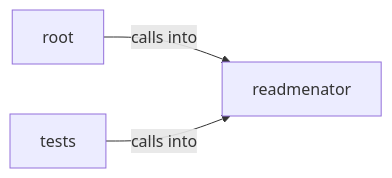
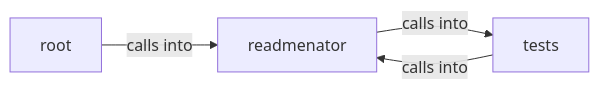
Before and after one commit to grisuno/ReadMenator: the diagram in docs/md/readmenator-diagrams/readmenator__video.md, drawn with Mermaid. The commit also changed other lines of this file and 203 other files, not shown here.

````diff
--- a/docs/md/readmenator-diagrams/readmenator__video.md
+++ b/docs/md/readmenator-diagrams/readmenator__video.md
@@ -5,8 +5,9 @@
 ```mermaid
 graph LR
     readmenator["readmenator"]
     root["root"]
     tests["tests"]
+    readmenator -- "calls into" --> tests
     root -- "calls into" --> readmenator
     tests -- "calls into" --> readmenator
 ```
````
